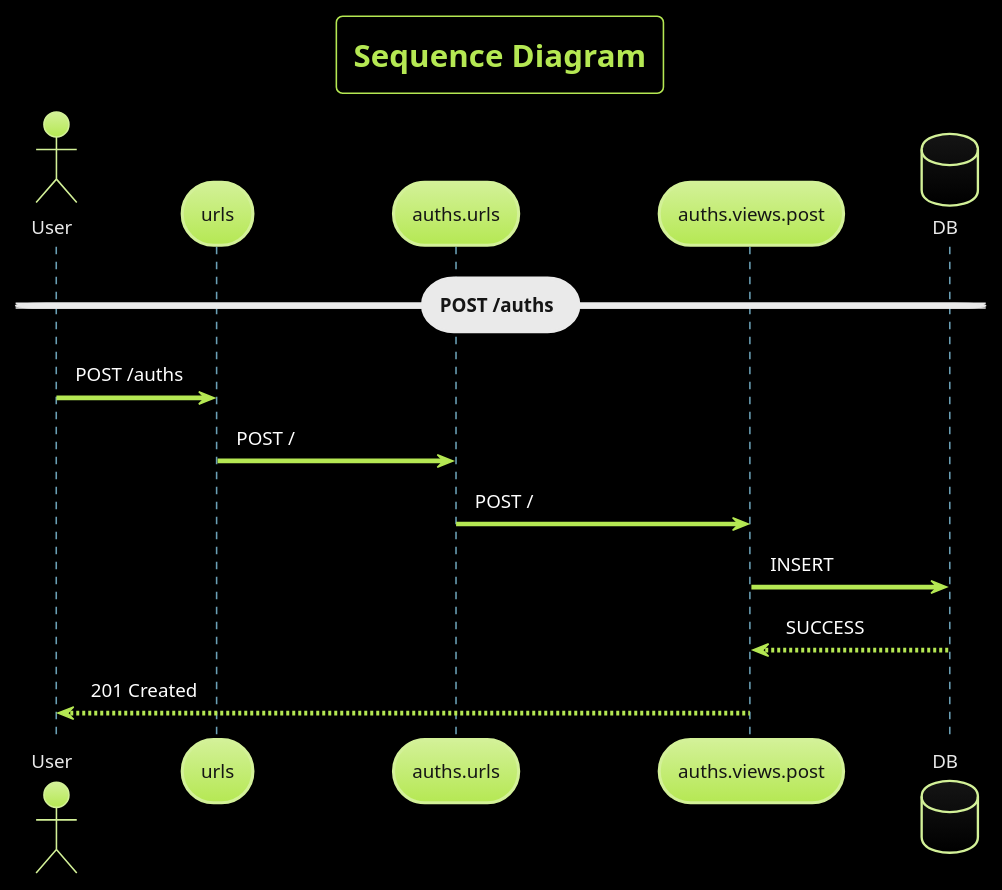
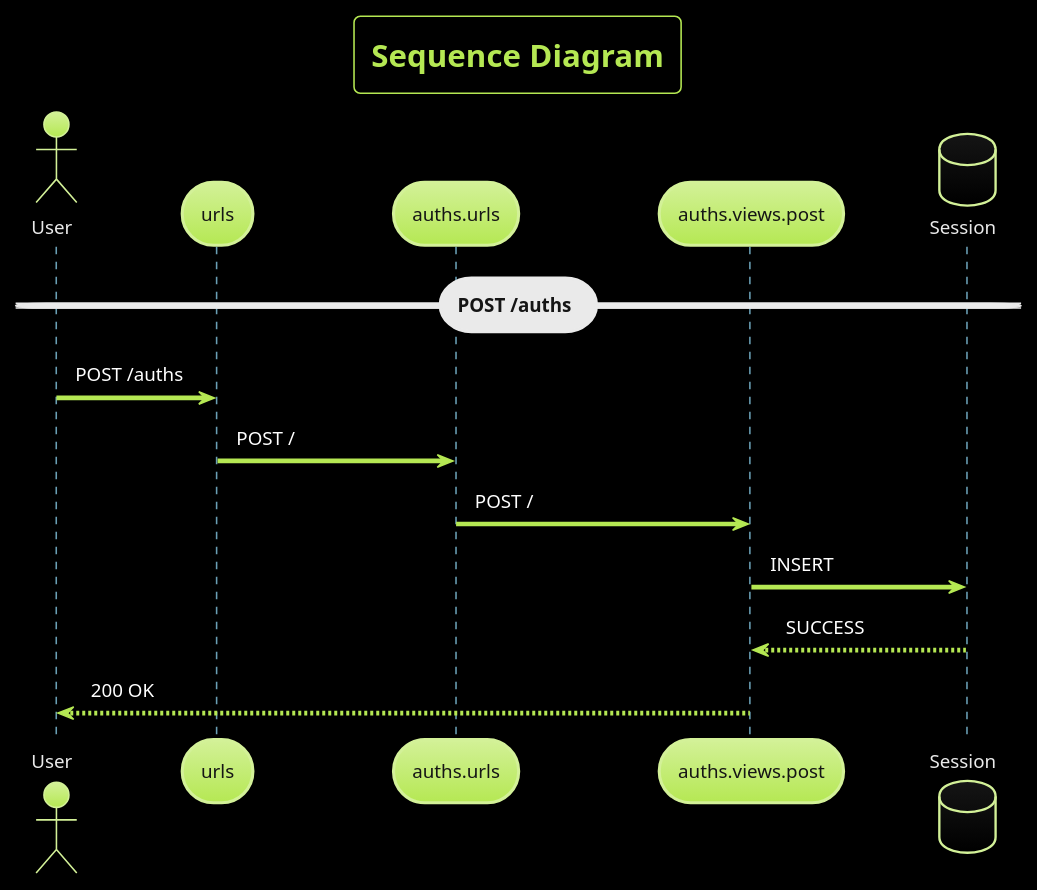
The third of 3 diagrams in design.plantuml (AdityaShenoy/FlipCart), drawn with PlantUML before and after one commit. The commit also changed other lines of this file, not shown here.

Commit message:
docs: give table name in the diagram

```diff
--- a/design.plantuml
+++ b/design.plantuml
@@ -38,20 +38,20 @@
 @startuml 3
 
     !theme hacker
     skinparam BackgroundColor black
     title "Sequence Diagram"
 
     actor User
     participant urls
     participant auths.urls
     participant auths.views.post
-    database DB
+    database Session
 
     == POST /auths ==
     User             ->  urls             : POST /auths
     urls             ->  auths.urls       : POST /
     auths.urls       ->  auths.views.post : POST /
-    auths.views.post ->  DB               : INSERT
-    auths.views.post <-- DB               : SUCCESS
-    User             <-- auths.views.post : 201 Created
+    auths.views.post ->  Session          : INSERT
+    auths.views.post <-- Session          : SUCCESS
+    User             <-- auths.views.post : 200 OK
 @enduml
```
